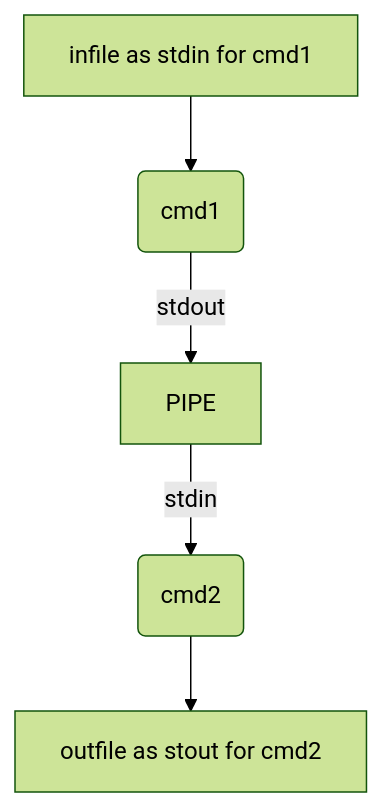
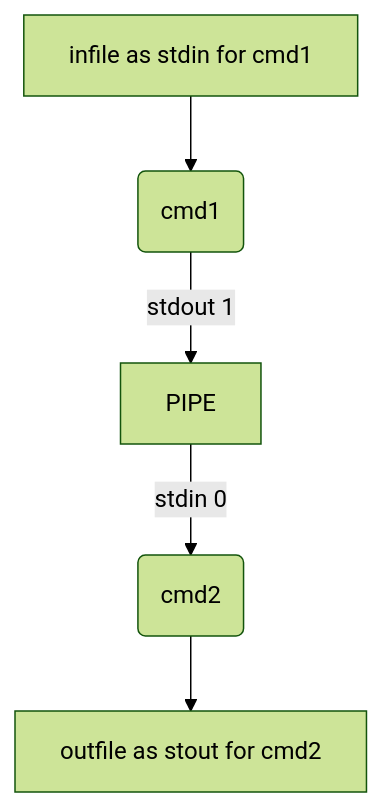
The diagram in README.md (42-Yerevan-Armenia/Pipex-42), drawn with Mermaid (forest theme) before and after one commit.

````diff
--- a/README.md
+++ b/README.md
@@ -4,7 +4,7 @@
 ```mermaid
 flowchart TD
   A[infile as stdin for cmd1] --> B(cmd1);
   D(cmd2) --> C[outfile as stout for cmd2];
-  B -- stdout --> E[PIPE];
-  E -- stdin --> D(cmd2);
+  B -- stdout 1 --> E[PIPE];
+  E -- stdin 0 --> D(cmd2);
 ```
````
